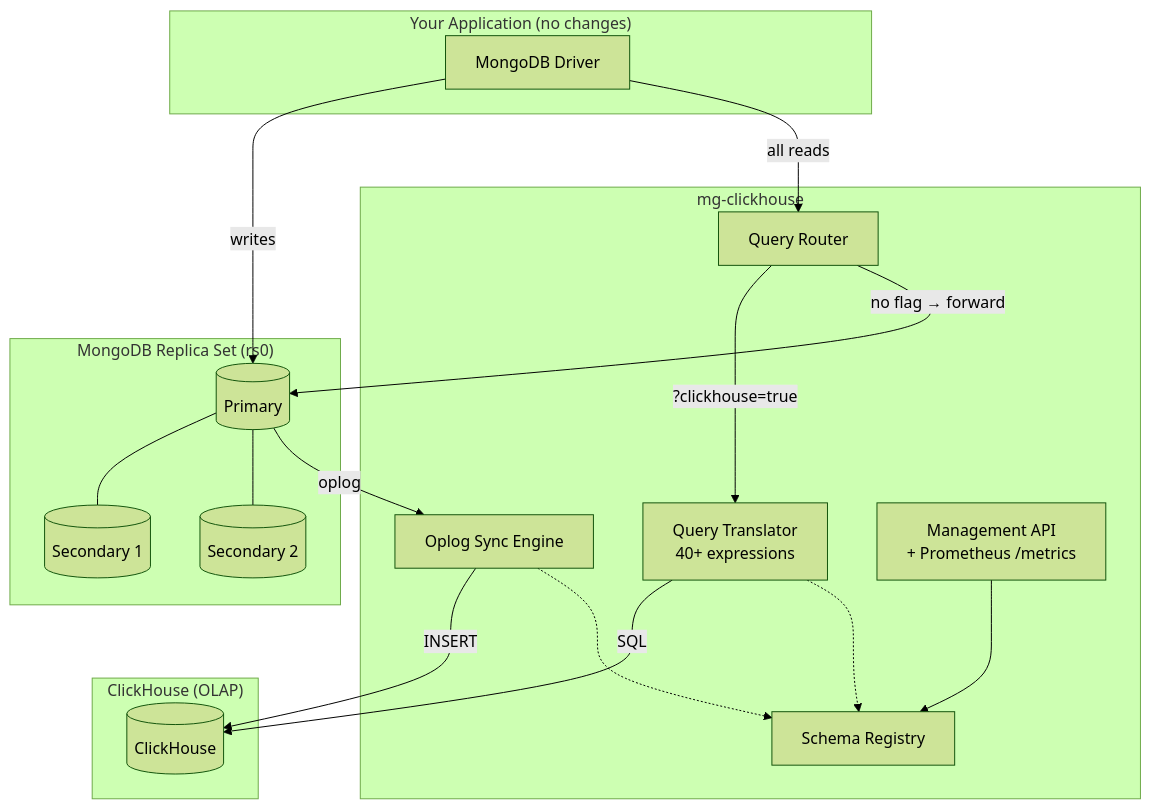
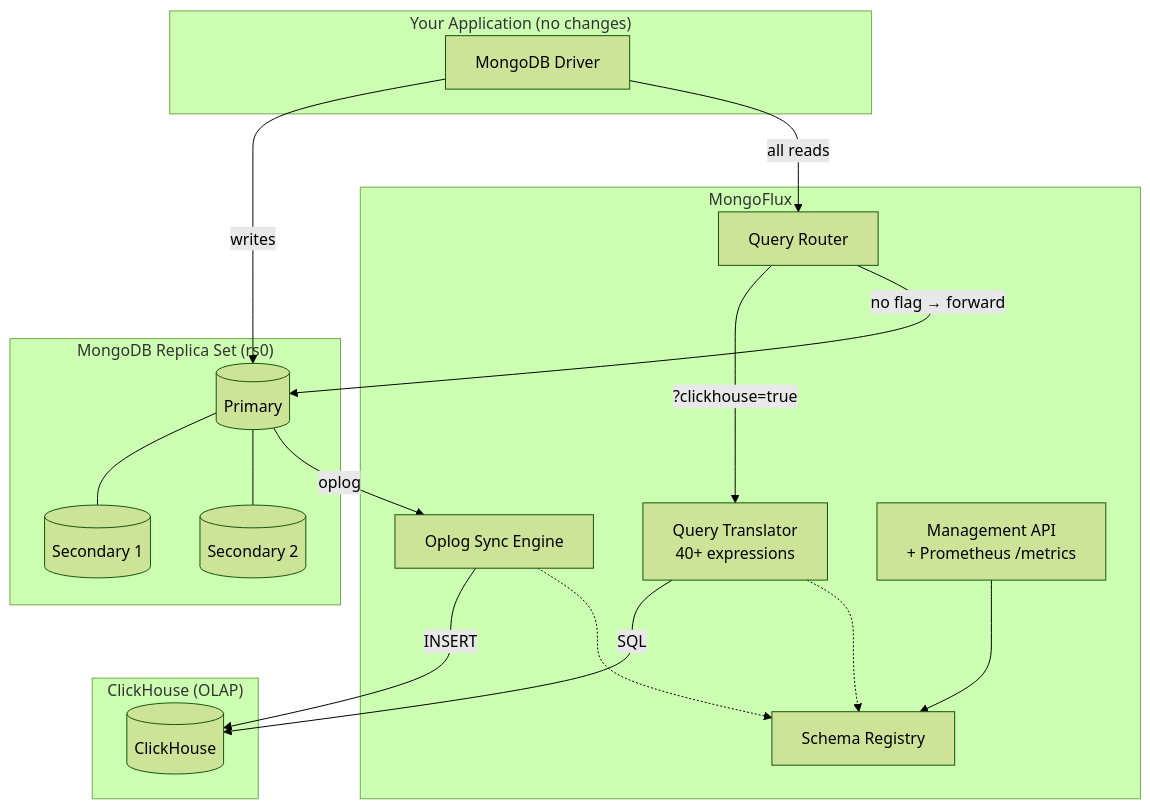
Before and after one commit to mrityunjaysharma/mongo-flux: the seventh of 7 diagrams in docs/article.md, drawn with Mermaid (forest theme). The commit also changed other lines of this file and 38 other files, not shown here.

````diff
--- a/docs/article.md
+++ b/docs/article.md
@@ -236,37 +236,37 @@
 ```mermaid
 flowchart TD
     subgraph "Your Application (no changes)"
         APP[MongoDB Driver]
     end
 
     subgraph "MongoDB Replica Set (rs0)"
         MGP[(Primary)]
         MGS1[(Secondary 1)]
         MGS2[(Secondary 2)]
         MGP --- MGS1
         MGP --- MGS2
     end
 
-    subgraph "mg-clickhouse"
+    subgraph "MongoFlux"
         SYNC[Oplog Sync Engine]
         XLAT[Query Translator<br/>40+ expressions]
         ROUTE[Query Router]
         API[Management API<br/>+ Prometheus /metrics]
         REG[Schema Registry]
     end
 
     subgraph "ClickHouse (OLAP)"
         CH[(ClickHouse)]
     end
 
     APP -->|writes| MGP
     APP -->|"all reads"| ROUTE
     ROUTE -->|"?clickhouse=true"| XLAT
     ROUTE -->|"no flag → forward"| MGP
     MGP -->|oplog| SYNC
     SYNC -->|INSERT| CH
     XLAT -->|SQL| CH
     SYNC -.-> REG
     XLAT -.-> REG
     API --> REG
 ```
````
